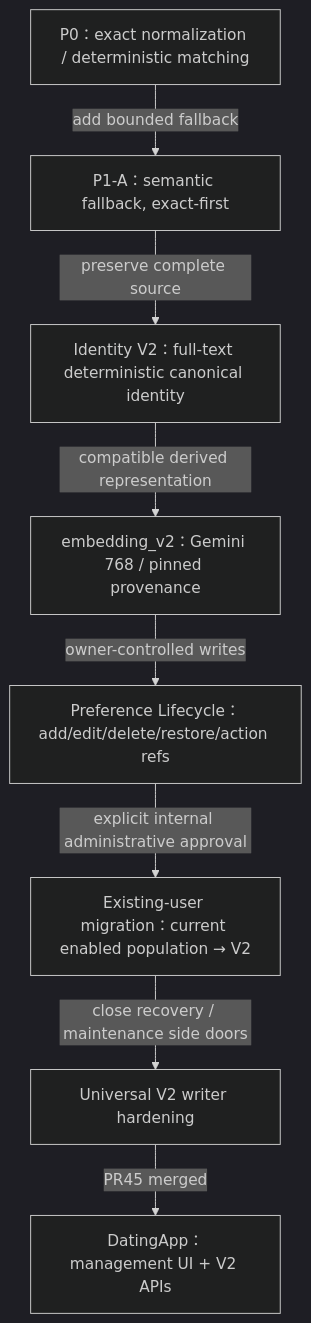
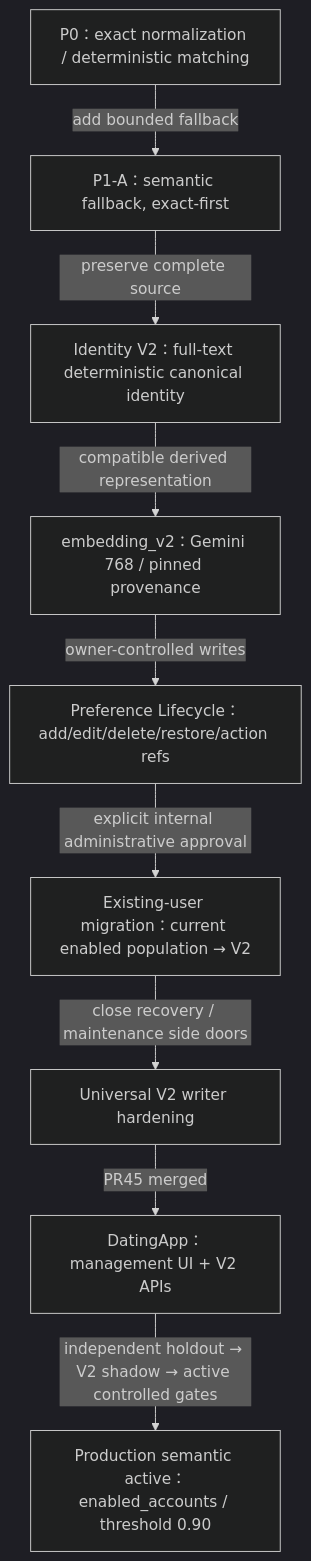
One commit to sunnysideup116116-bit/backend changed the second of 2 diagrams in docs/PREFERENCE_SYSTEM_OVERVIEW.md. Above: the diagram before and after it, drawn with Mermaid (dark theme). The commit also changed other lines of this file and 10 other files, not shown here.

Commit message:
docs: close preference and semantic production rollout

````diff
--- a/docs/PREFERENCE_SYSTEM_OVERVIEW.md
+++ b/docs/PREFERENCE_SYSTEM_OVERVIEW.md
@@ -65,10 +79,11 @@
 ```mermaid
 flowchart TD
     P0["P0：exact normalization / deterministic matching"] -->|"add bounded fallback"| P1["P1-A：semantic fallback, exact-first"]
     P1 -->|"preserve complete source"| I["Identity V2：full-text deterministic canonical identity"]
     I -->|"compatible derived representation"| B["embedding_v2：Gemini 768 / pinned provenance"]
     B -->|"owner-controlled writes"| L["Preference Lifecycle：add/edit/delete/restore/action refs"]
     L -->|"explicit internal administrative approval"| M["Existing-user migration：current enabled population → V2"]
     M -->|"close recovery / maintenance side doors"| H["Universal V2 writer hardening"]
     H -->|"PR45 merged"| C["DatingApp：management UI + V2 APIs"]
+    C -->|"independent holdout → V2 shadow → active controlled gates"| S["Production semantic active：enabled_accounts / threshold 0.90"]
 ```
````
